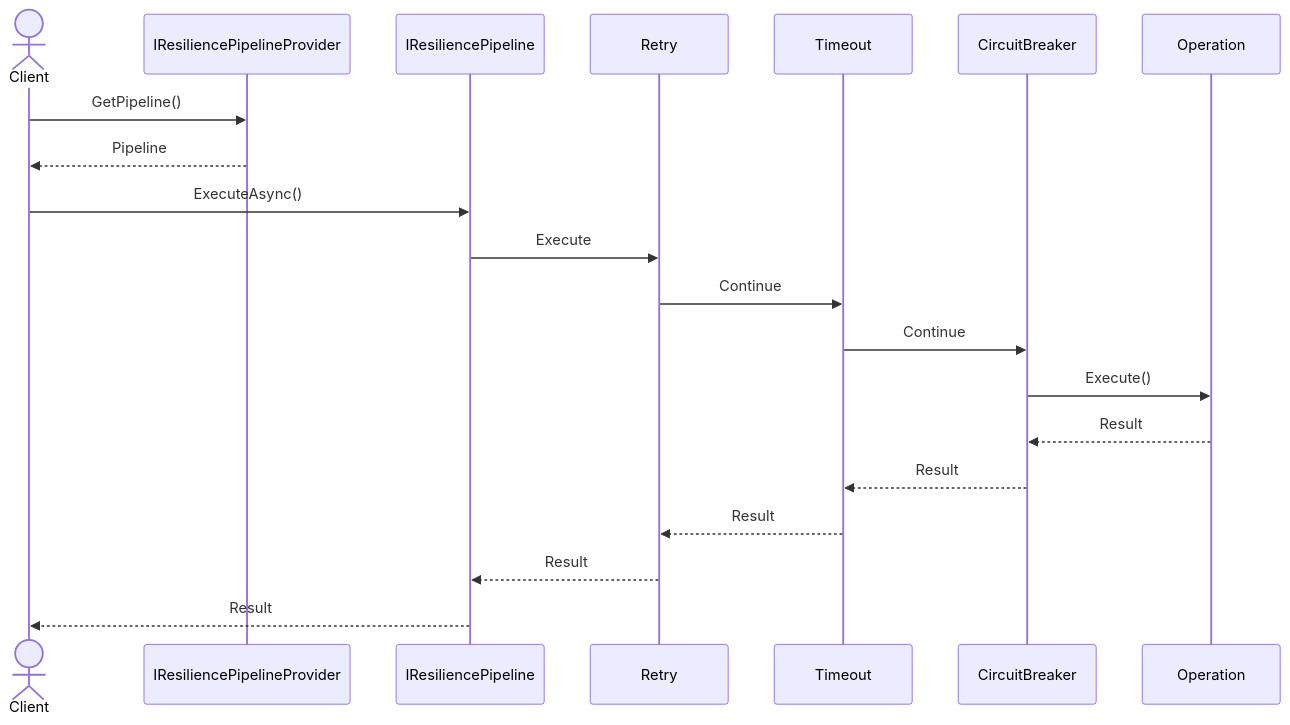
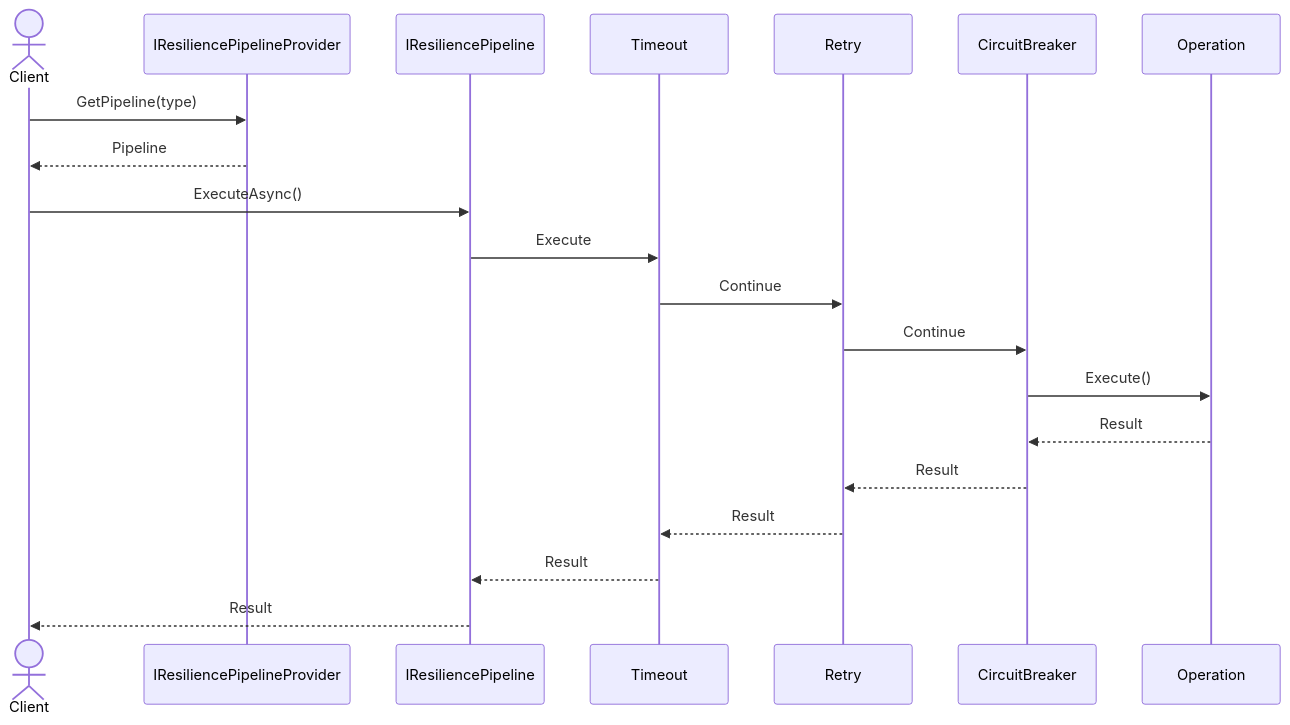
Before and after one commit to FEDERIN/CoreSystem: the third of 5 diagrams in docs/Resilience/Architecture.md, drawn with Mermaid. The commit also changed other lines of this file and 44 other files, not shown here.

````diff
--- a/docs/Resilience/Architecture.md
+++ b/docs/Resilience/Architecture.md
@@ -120,28 +136,28 @@
 ```mermaid
 sequenceDiagram
 
     actor Client
 
     participant Provider as IResiliencePipelineProvider
     participant Pipeline as IResiliencePipeline
+    participant Timeout
     participant Retry
-    participant Timeout
     participant CircuitBreaker
     participant Operation
 
-    Client->>Provider: GetPipeline()
+    Client->>Provider: GetPipeline(type)
     Provider-->>Client: Pipeline
 
     Client->>Pipeline: ExecuteAsync()
 
-    Pipeline->>Retry: Execute
-    Retry->>Timeout: Continue
-    Timeout->>CircuitBreaker: Continue
+    Pipeline->>Timeout: Execute
+    Timeout->>Retry: Continue
+    Retry->>CircuitBreaker: Continue
     CircuitBreaker->>Operation: Execute()
 
     Operation-->>CircuitBreaker: Result
-    CircuitBreaker-->>Timeout: Result
-    Timeout-->>Retry: Result
-    Retry-->>Pipeline: Result
+    CircuitBreaker-->>Retry: Result
+    Retry-->>Timeout: Result
+    Timeout-->>Pipeline: Result
     Pipeline-->>Client: Result
 ```
````
